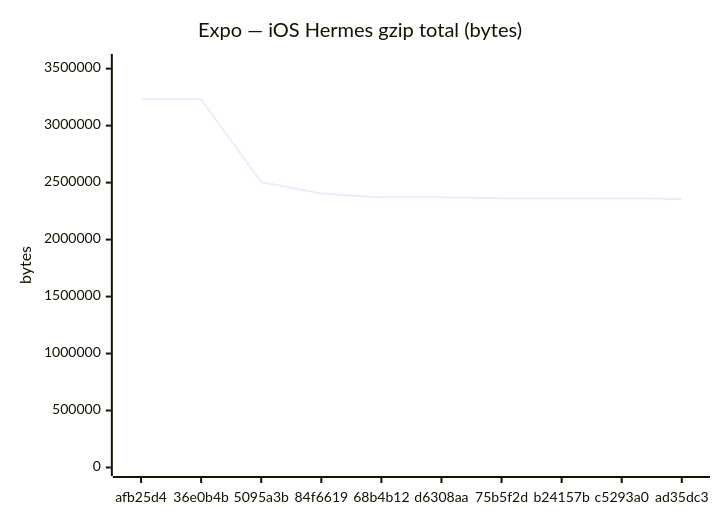
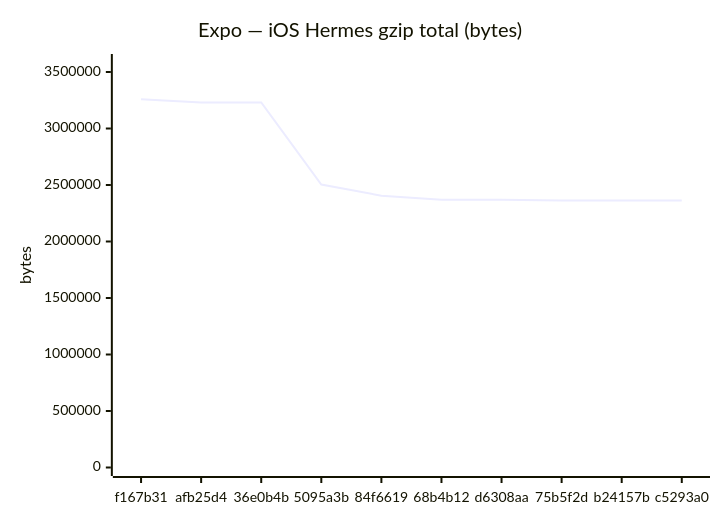
The sixth of 18 diagrams in benchmarks/compare.md (Metaheurist/Rianell), drawn with Mermaid before and after one commit. The commit also changed other lines of this file and 11 other files, not shown here.

````diff
--- a/benchmarks/compare.md
+++ b/benchmarks/compare.md
@@ -96,7 +96,7 @@
 ```mermaid
 xychart-beta
     title "Expo — iOS Hermes gzip total (bytes)"
-    x-axis ["afb25d4", "36e0b4b", "5095a3b", "84f6619", "68b4b12", "d6308aa", "75b5f2d", "b24157b", "c5293a0", "ad35dc3"]
-    y-axis "bytes" 0 --> 3553954
-    line [3230867, 3230712, 2504401, 2405024, 2370491, 2370493, 2363429, 2363431, 2363430, 2356086]
+    x-axis ["f167b31", "afb25d4", "36e0b4b", "5095a3b", "84f6619", "68b4b12", "d6308aa", "75b5f2d", "b24157b", "c5293a0"]
+    y-axis "bytes" 0 --> 3584098
+    line [3258270, 3230867, 3230712, 2504401, 2405024, 2370491, 2370493, 2363429, 2363431, 2363430]
 ```
````
